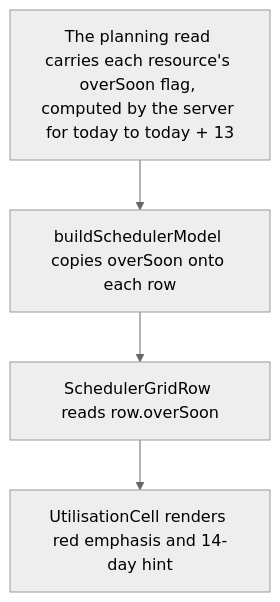
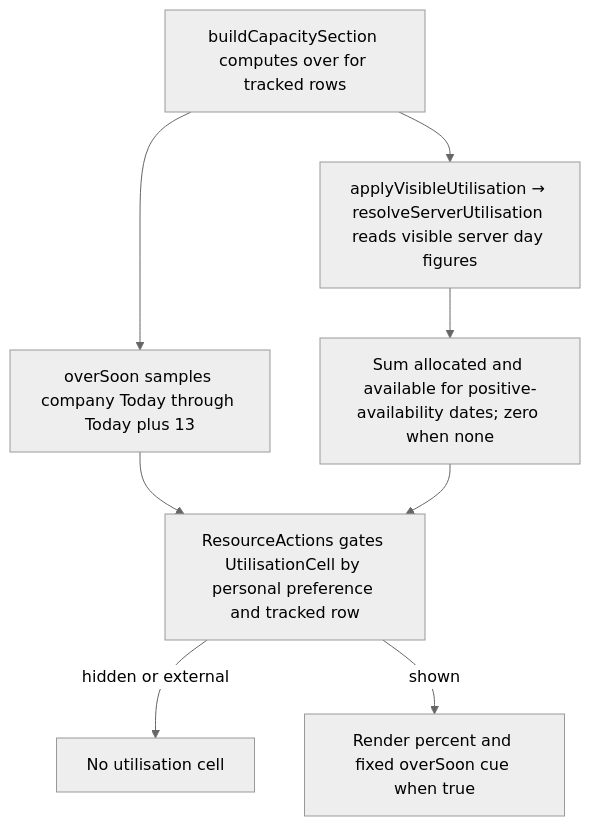
The second of 2 diagrams in user-stories/scheduler/US-SCH-13-utilisation-flag.md (Kevinjohn/capacitylens), drawn with Mermaid (neutral theme) before and after one commit. The commit also changed other lines of this file and 172 other files, not shown here.

Commit message:
docs: reconcile user story code flows with source

````diff
--- a/user-stories/scheduler/US-SCH-13-utilisation-flag.md
+++ b/user-stories/scheduler/US-SCH-13-utilisation-flag.md
@@ -34,6 +34,10 @@
 ```mermaid
 flowchart TD
-  A["The planning read carries each resource's overSoon flag, computed by the server for today to today + 13"] --> B["buildSchedulerModel copies overSoon onto each row"]
-  B --> C["SchedulerGridRow reads row.overSoon"]
-  C --> D["UtilisationCell renders red emphasis and 14-day hint"]
+  Read["buildCapacitySection computes over for tracked rows"] --> Fixed["overSoon samples company Today through Today plus 13"]
+  Read --> Window["applyVisibleUtilisation → resolveServerUtilisation reads visible server day figures"]
+  Window --> Ratio["Sum allocated and available for positive-availability dates; zero when none"]
+  Fixed --> Render["ResourceActions gates UtilisationCell by personal preference and tracked row"]
+  Ratio --> Render
+  Render -->|hidden or external| Omit["No utilisation cell"]
+  Render -->|shown| Value["Render percent and fixed overSoon cue when true"]
 ```
````
